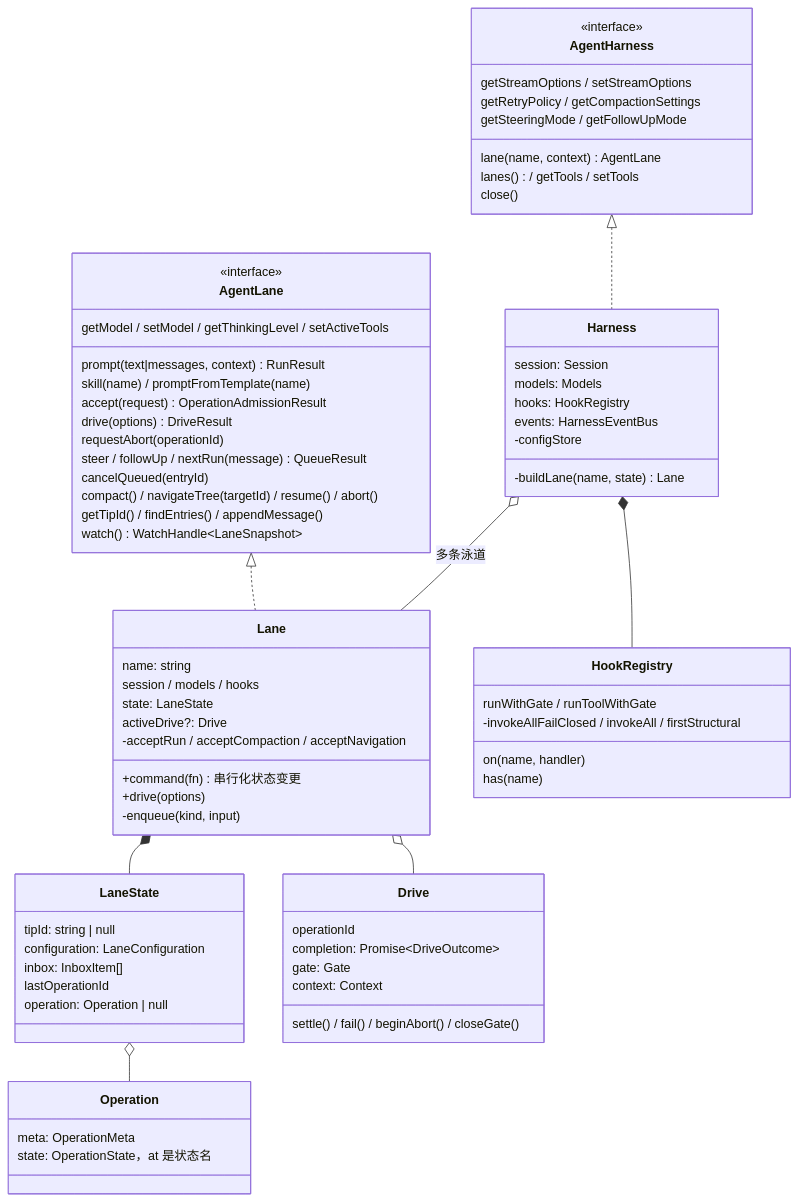
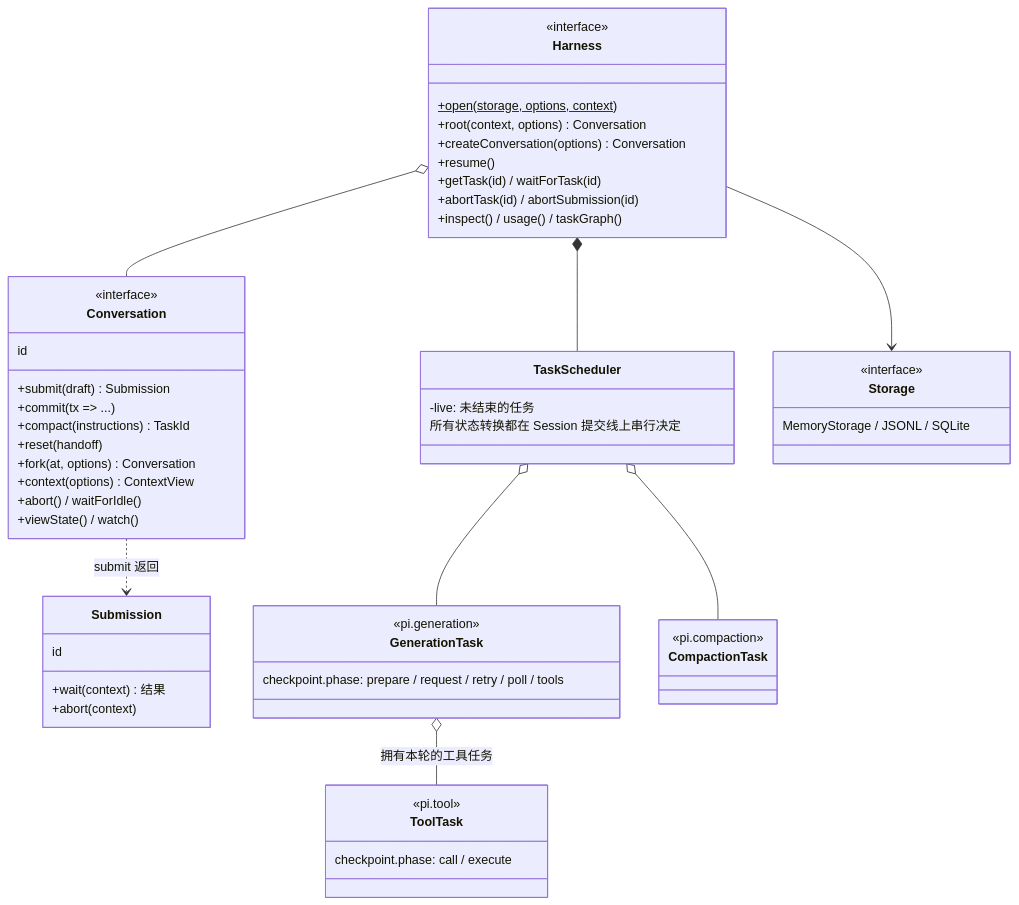
Diagram 17 of 18 in src/content/post/agents-pi-mono/index.md (nickqiaoo/nickqiaoo.github.io), drawn with Mermaid before and after one commit. The commit also changed other lines of this file and 1 other file, not shown here.

````diff
--- a/src/content/post/agents-pi-mono/index.md
+++ b/src/content/post/agents-pi-mono/index.md
@@ -1650,75 +1892,56 @@
 ```mermaid
 classDiagram
-  class AgentHarness {
+  class Harness {
     <<interface>>
-    lane(name, context) AgentLane
-    lanes() / getTools / setTools
-    getStreamOptions / setStreamOptions
-    getRetryPolicy / getCompactionSettings
-    getSteeringMode / getFollowUpMode
-    close()
+    +open(storage, options, context)$
+    +root(context, options) Conversation
+    +createConversation(options) Conversation
+    +resume()
+    +getTask(id) / waitForTask(id)
+    +abortTask(id) / abortSubmission(id)
+    +inspect() / usage() / taskGraph()
   }
-  class AgentLane {
+  class Conversation {
     <<interface>>
-    prompt(text|messages, context) RunResult
-    skill(name) / promptFromTemplate(name)
-    accept(request) OperationAdmissionResult
-    drive(options) DriveResult
-    requestAbort(operationId)
-    steer / followUp / nextRun (message) QueueResult
-    cancelQueued(entryId)
-    compact() / navigateTree(targetId) / resume() / abort()
-    getTipId() / findEntries() / appendMessage()
-    getModel / setModel / getThinkingLevel / setActiveTools
-    watch() WatchHandle~LaneSnapshot~
+    id
+    +submit(draft) Submission
+    +commit(tx => ...)
+    +compact(instructions) TaskId
+    +reset(handoff)
+    +fork(at, options) Conversation
+    +context(options) ContextView
+    +abort() / waitForIdle()
+    +viewState() / watch()
   }
-  class Harness {
-    session: Session
-    models: Models
-    hooks: HookRegistry
-    events: HarnessEventBus
-    -configStore
-    -buildLane(name, state) Lane
+  class Submission {
+    id
+    +wait(context) 结果
+    +abort(context)
   }
-  class Lane {
-    name: string
-    session / models / hooks
-    state: LaneState
-    activeDrive?: Drive
-    +command(fn) 串行化状态变更
-    +drive(options)
-    -acceptRun / acceptCompaction / acceptNavigation
-    -enqueue(kind, input)
+  class TaskScheduler {
+    -live: 未结束的任务
+    所有状态转换都在 Session 提交线上串行决定
   }
-  class LaneState {
-    tipId: string | null
-    configuration: LaneConfiguration
-    inbox: InboxItem[]
-    lastOperationId
-    operation: Operation | null
+  class GenerationTask {
+    <<pi.generation>>
+    checkpoint.phase: prepare / request / retry / poll / tools
   }
-  class Drive {
-    operationId
-    completion: Promise~DriveOutcome~
-    gate: Gate
-    context: Context
-    settle() / fail() / beginAbort() / closeGate()
+  class ToolTask {
+    <<pi.tool>>
+    checkpoint.phase: call / execute
   }
-  class Operation {
-    meta: OperationMeta
-    state: OperationState，at 是状态名
+  class CompactionTask {
+    <<pi.compaction>>
   }
-  class HookRegistry {
-    on(name, handler)
-    has(name)
-    runWithGate / runToolWithGate
-    -invokeAllFailClosed / invokeAll / firstStructural
+  class Storage {
+    <<interface>>
+    MemoryStorage / JSONL / SQLite
   }
-  AgentHarness <|.. Harness
-  AgentLane <|.. Lane
-  Harness o-- Lane : 多条泳道
-  Harness *-- HookRegistry
-  Lane *-- LaneState
-  Lane o-- Drive
-  LaneState o-- Operation
+  Harness o-- Conversation
+  Harness *-- TaskScheduler
+  Harness --> Storage
+  Conversation ..> Submission : submit 返回
+  TaskScheduler o-- GenerationTask
+  GenerationTask o-- ToolTask : 拥有本轮的工具任务
+  TaskScheduler o-- CompactionTask
 ```
````
